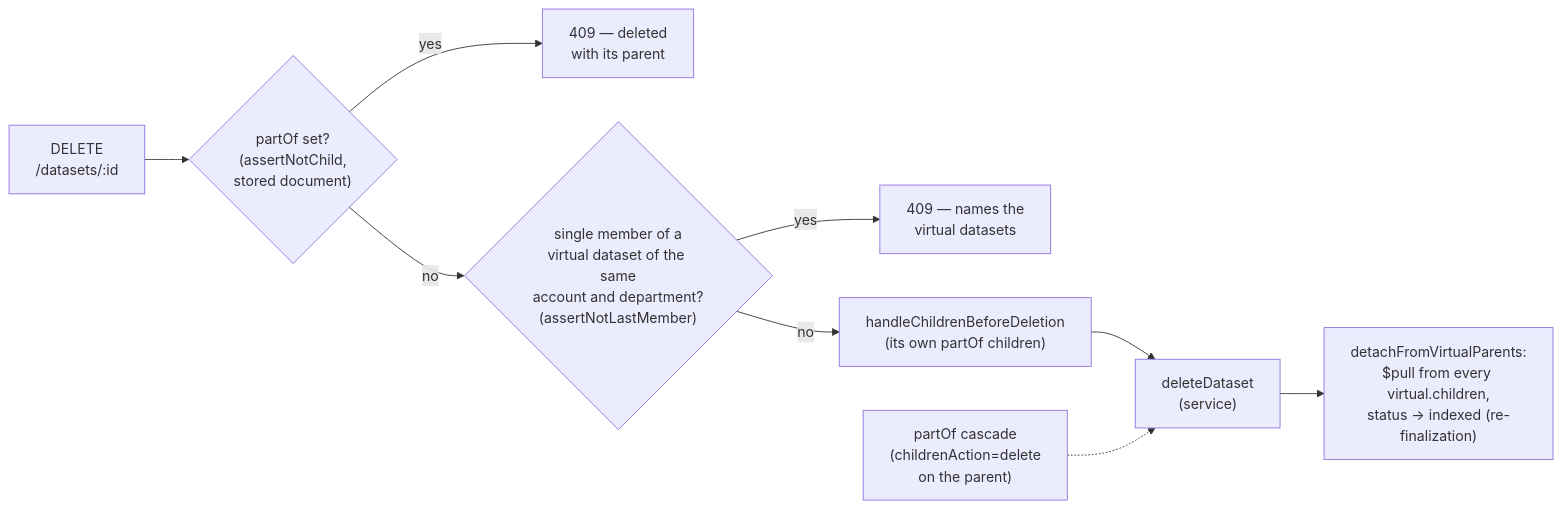
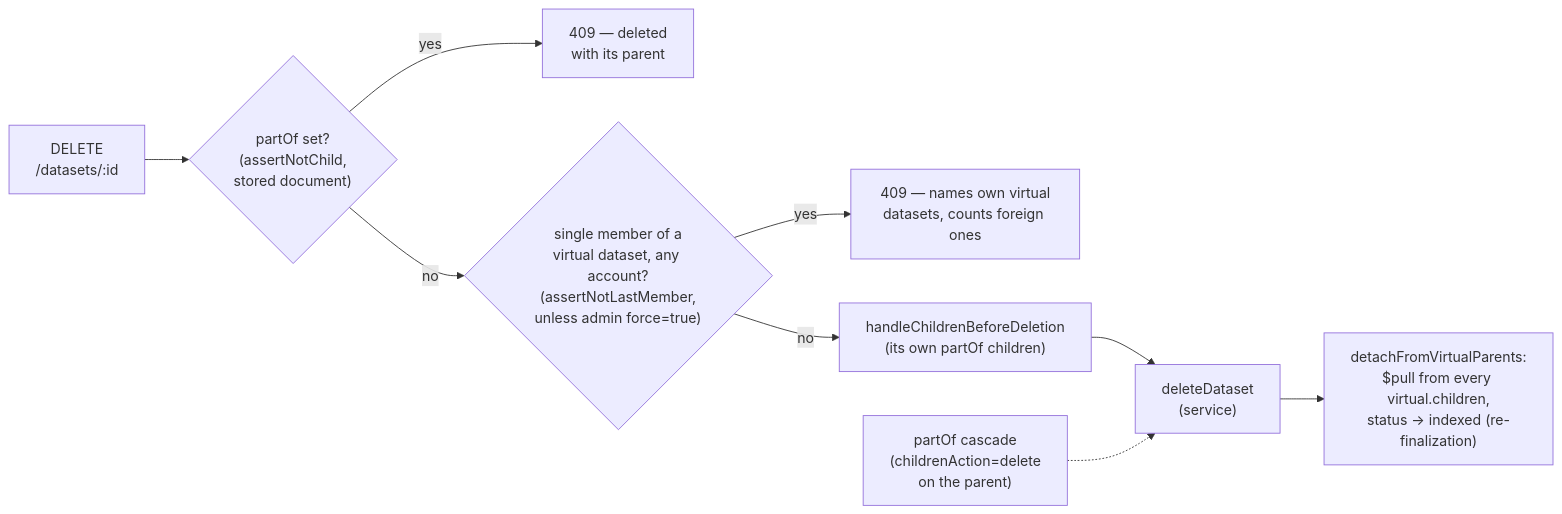
The fourth of 4 diagrams in docs/architecture/part-of.md (data-fair/data-fair), drawn with Mermaid before and after one commit. The commit also changed other lines of this file and 12 other files, not shown here.

First line of the commit message:
feat(datasets): protect the last member of any virtual dataset, forbid re-parenting a child

````diff
--- a/docs/architecture/part-of.md
+++ b/docs/architecture/part-of.md
@@ -141,11 +141,11 @@
 ```mermaid
 flowchart LR
     DEL["DELETE\n/datasets/:id"] --> G1{"partOf set?\n(assertNotChild,\nstored document)"}
     G1 -->|yes| E1["409 — deleted\nwith its parent"]
-    G1 -->|no| G2{"single member of a\nvirtual dataset of the same\naccount and department?\n(assertNotLastMember)"}
-    G2 -->|yes| E2["409 — names the\nvirtual datasets"]
+    G1 -->|no| G2{"single member of a\nvirtual dataset, any account?\n(assertNotLastMember,\nunless admin force=true)"}
+    G2 -->|yes| E2["409 — names own virtual\ndatasets, counts foreign ones"]
     G2 -->|no| G3["handleChildrenBeforeDeletion\n(its own partOf children)"]
     G3 --> S["deleteDataset\n(service)"]
     S --> P["detachFromVirtualParents:\n$pull from every virtual.children,\nstatus → indexed (re-finalization)"]
     C["partOf cascade\n(childrenAction=delete\non the parent)"] -.-> S
 ```
````
